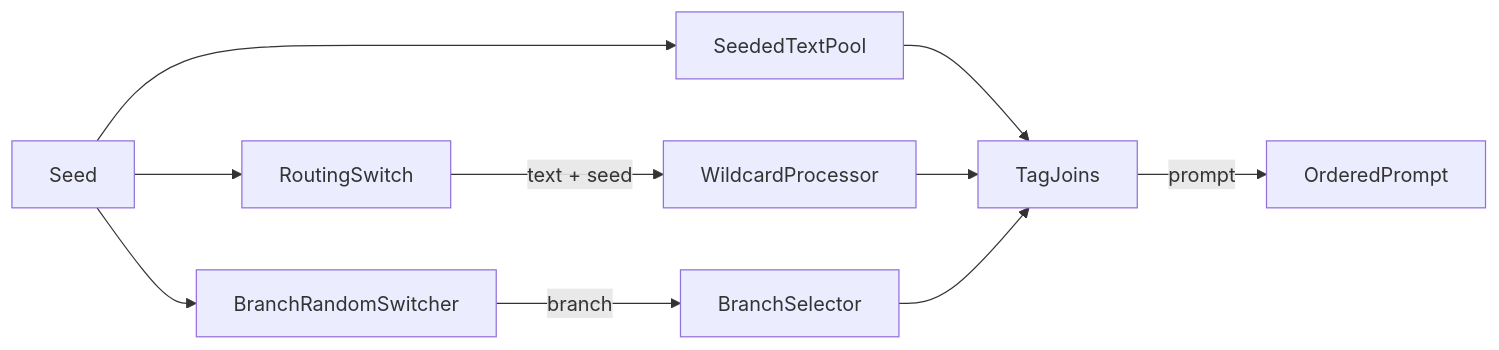
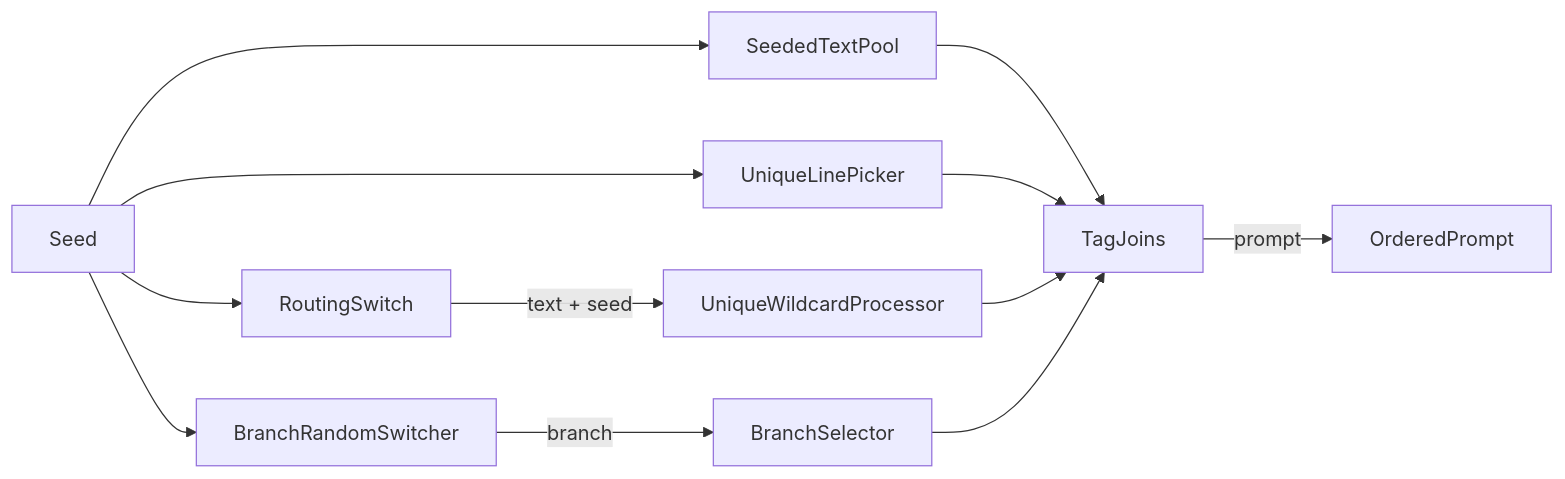
One commit to Cueuler/dynamic_prompt_engine changed the diagram in README.md. Above: the diagram before and after it, drawn with Mermaid. The commit also changed other lines of this file and 8 other files, not shown here.

First line of the commit message:
Add Unique Line Picker and mix unique_id into Unique Wildcard Processor.

````diff
--- a/README.md
+++ b/README.md
@@ -25,21 +31,24 @@
 ```mermaid
 flowchart LR
   seed[Seed]
   rootPool["SeededTextPool"]
+  linePicker["UniqueLinePicker"]
   routing[RoutingSwitch]
-  wildcard[WildcardProcessor]
+  wildcard[UniqueWildcardProcessor]
   switcher[BranchRandomSwitcher]
   selector[BranchSelector]
   joins[TagJoins]
   finalPrompt[OrderedPrompt]
 
   seed --> rootPool
+  seed --> linePicker
   seed --> routing
   seed --> switcher
   rootPool --> joins
+  linePicker --> joins
   routing -->|"text + seed"| wildcard
   wildcard --> joins
   switcher -->|"branch"| selector
   selector --> joins
   joins -->|"prompt"| finalPrompt
 ```
````
